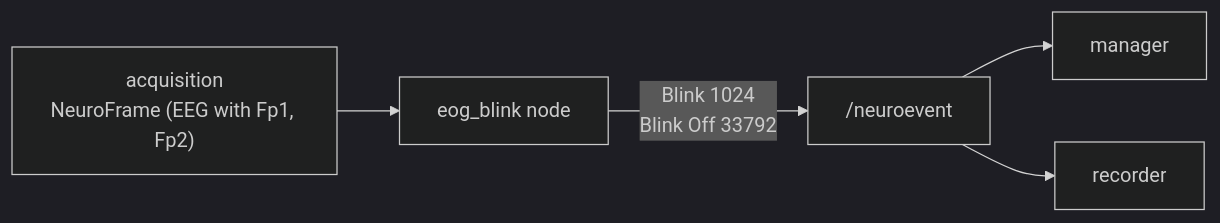
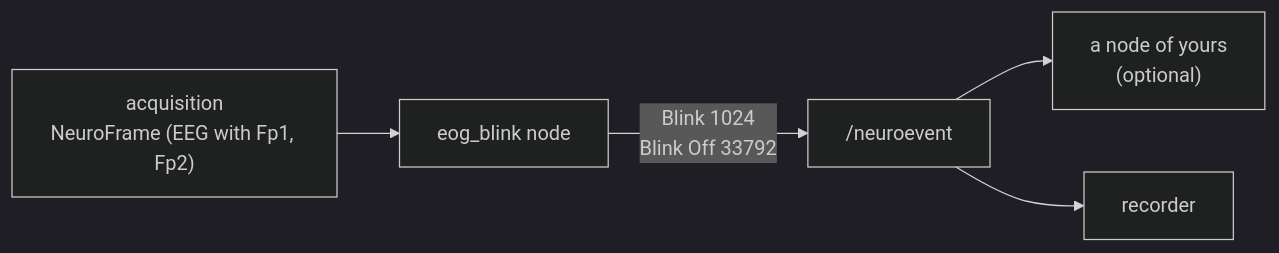
Before and after one commit to ros2neuro/docs: the diagram in docs/tutorials/eog-check/index.md, drawn with Mermaid (dark theme). The commit also changed other lines of this file and 104 other files, not shown here.

````diff
--- a/docs/tutorials/eog-check/index.md
+++ b/docs/tutorials/eog-check/index.md
@@ -44,7 +44,7 @@
 ```mermaid
 flowchart LR
     ACQ["acquisition<br/>NeuroFrame (EEG with Fp1, Fp2)"] --> N["eog_blink node"]
     N -->|"Blink 1024<br/>Blink Off 33792"| EV["/neuroevent"]
-    EV --> MAN[manager]
+    EV --> YOU["a node of yours<br/>(optional)"]
     EV --> REC[recorder]
 ```
````
